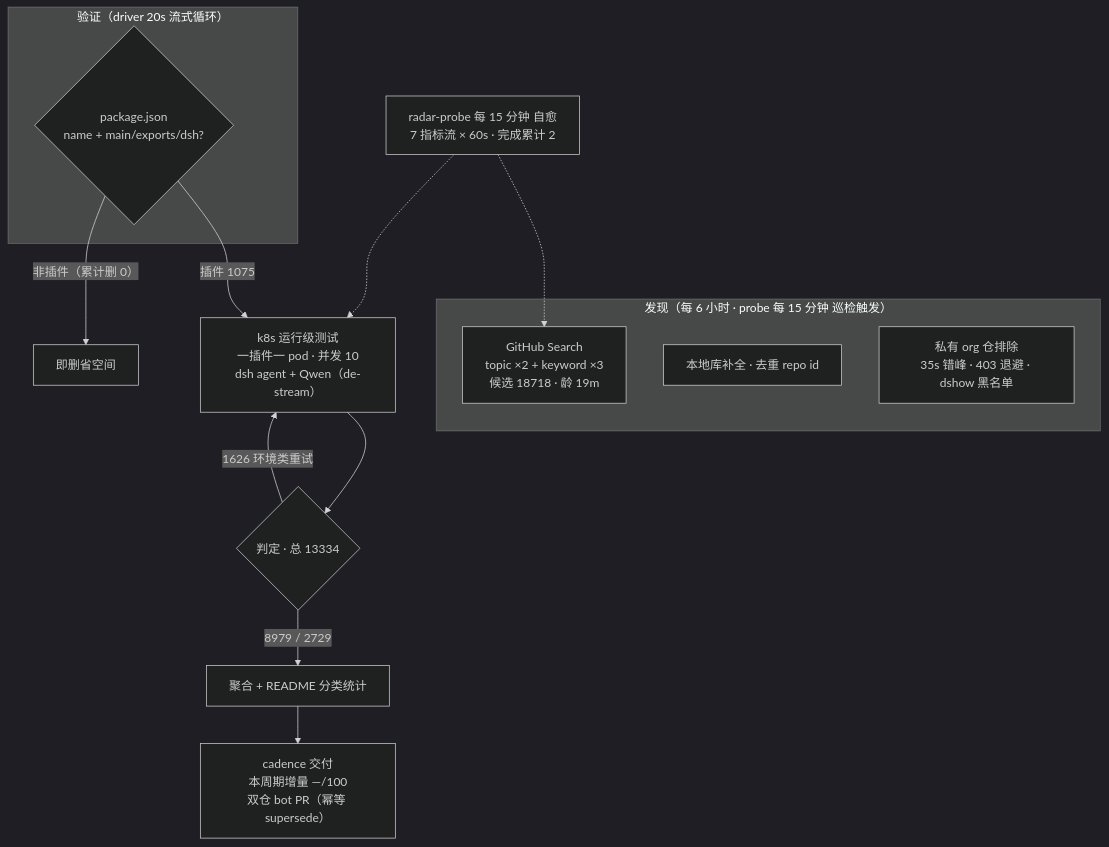
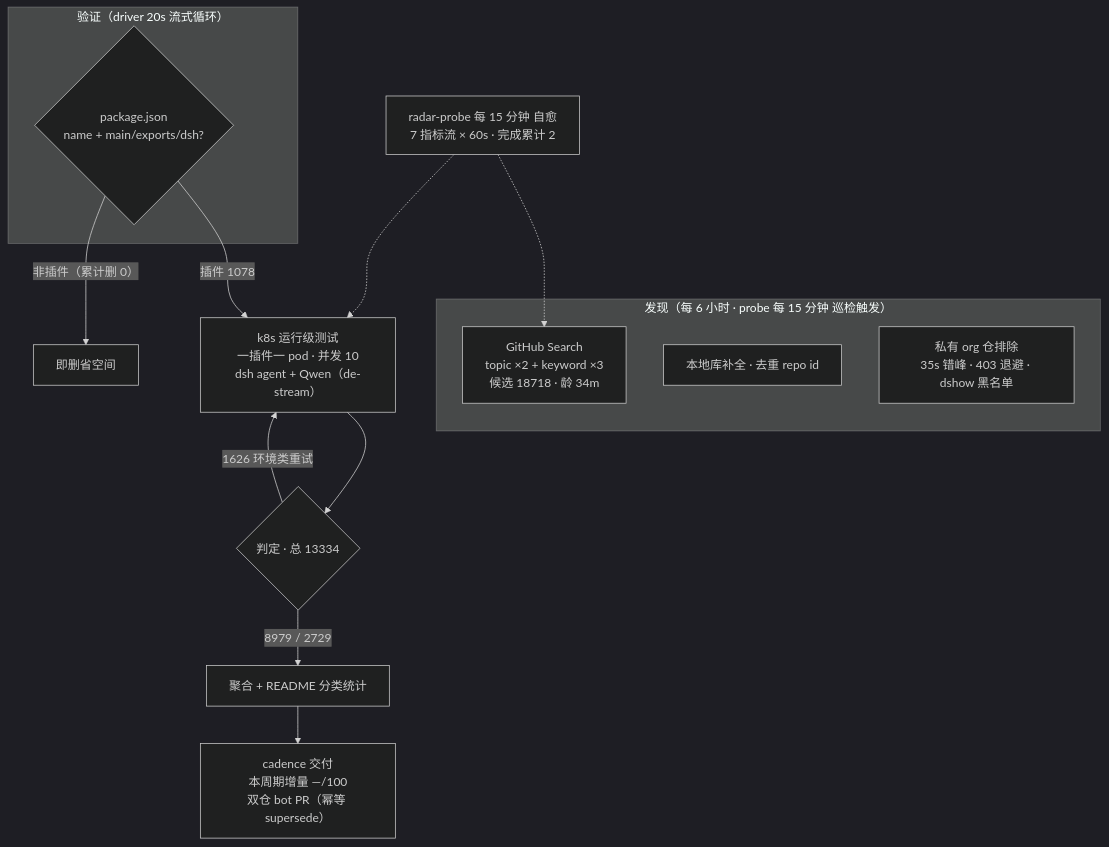
One commit to AdamPlatin123/dsh-plugin-radar changed the diagram in README.md. Above: the diagram before and after it, drawn with Mermaid (dark theme). The commit also changed other lines of this file and 5 other files, not shown here.

````diff
--- a/README.md
+++ b/README.md
@@ -52,20 +52,20 @@
 ```mermaid
 flowchart TB
     subgraph Discovery["发现（每 6 小时 · probe 每 15 分钟 巡检触发）"]
-        A1["GitHub Search<br/>topic ×2 + keyword ×3<br/>候选 18718 · 龄 19m"]
+        A1["GitHub Search<br/>topic ×2 + keyword ×3<br/>候选 18718 · 龄 34m"]
         A2["本地库补全 · 去重 repo id"]
         A3["私有 org 仓排除<br/>35s 错峰 · 403 退避 · dshow 黑名单"]
     end
     subgraph Validation["验证（driver 20s 流式循环）"]
         B1{"package.json<br/>name + main/exports/dsh?"}
     end
-    B1 -->|"插件 1075"| C1["k8s 运行级测试<br/>一插件一 pod · 并发 10<br/>dsh agent + Qwen（de-stream）"]
+    B1 -->|"插件 1078"| C1["k8s 运行级测试<br/>一插件一 pod · 并发 10<br/>dsh agent + Qwen（de-stream）"]
     B1 -->|"非插件（累计删 0）"| B3["即删省空间"]
     C1 --> D1{"判定 · 总 13334"}
     D1 -->|"8979 / 2729"| E1["聚合 + README 分类统计"]
     D1 -->|"1626 环境类重试"| C1
     E1 --> E2["cadence 交付<br/>本周期增量 —/100<br/>双仓 bot PR（幂等 supersede）"]
     M["radar-probe 每 15 分钟 自愈<br/>7 指标流 × 60s · 完成累计 2"]
     M -.-> A1
     M -.-> C1
 ```
````
